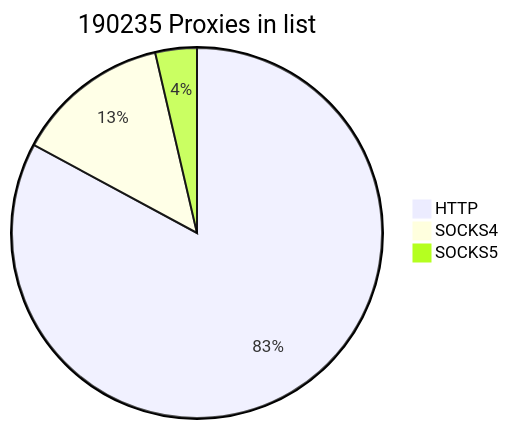
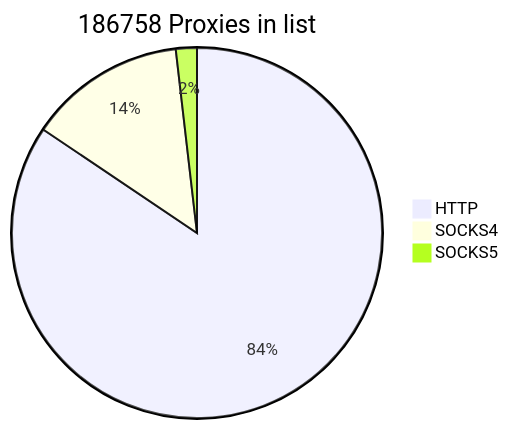
The first of 2 diagrams in README.md (cutipu/proxylist), drawn with Mermaid before and after one commit. The commit also changed other lines of this file, not shown here.

````diff
--- a/README.md
+++ b/README.md
@@ -2,7 +2,7 @@
 ```mermaid
-pie title 190235 Proxies in list
+pie title 186758 Proxies in list
     "HTTP" : 157672
-    "SOCKS4" : 25658
-    "SOCKS5" : 6905
+    "SOCKS4" : 25657
+    "SOCKS5" : 3429
             
 ```
````
